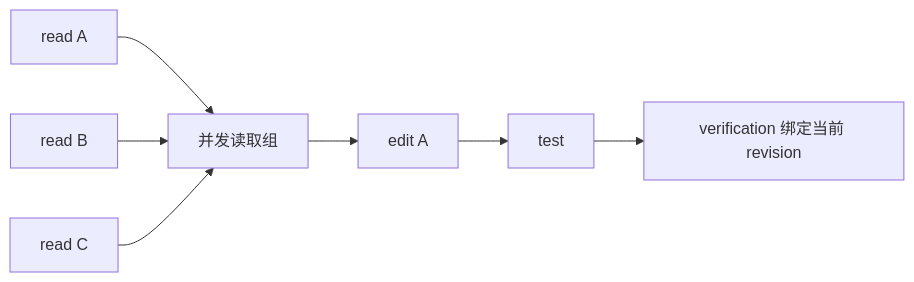
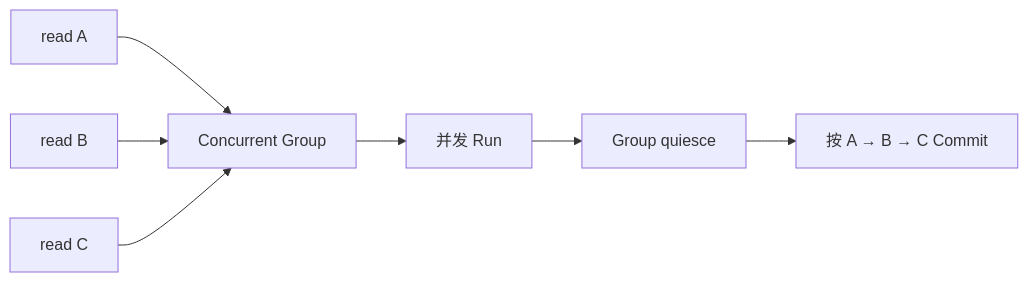
One commit to Arthur999459up/GitAgent changed diagram 11 of 13 in docs/06-execution-and-concurrency.md. Above: the diagram before and after it, drawn with Mermaid. The commit also changed other lines of this file and 3 other files, not shown here.

````diff
--- a/docs/06-execution-and-concurrency.md
+++ b/docs/06-execution-and-concurrency.md
@@ -306,9 +566,9 @@
 ```mermaid
 flowchart LR
-    R1[read A] --> G[并发读取组]
-    R2[read B] --> G
-    R3[read C] --> G
-    G --> E[edit A]
-    E --> V[test]
-    V --> C[verification 绑定当前 revision]
+    A[read A] --> G[Concurrent Group]
+    B[read B] --> G
+    C[read C] --> G
+    G --> R[并发 Run]
+    R --> Q[Group quiesce]
+    Q --> O[按 A → B → C Commit]
 ```
````
